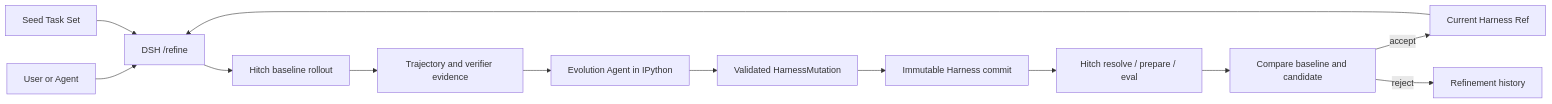
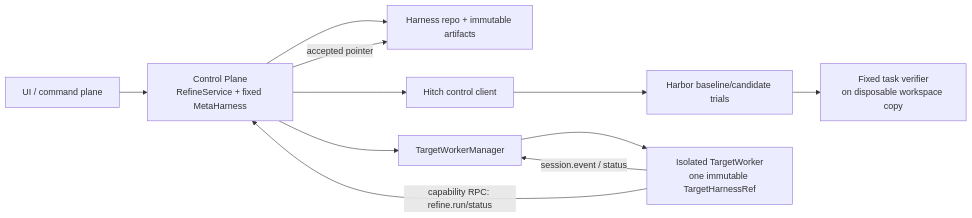
Before and after one commit to rsi-gear/gear: the diagram in docs/dsh-self-evolving-harness-spec.md, drawn with Mermaid. The commit also changed other lines of this file and 2 other files, not shown here.

Commit message:
Finalize automated harness evolution architecture

````diff
--- a/docs/dsh-self-evolving-harness-spec.md
+++ b/docs/dsh-self-evolving-harness-spec.md
@@ -42,15 +33,13 @@
 ```mermaid
 flowchart LR
-    User["User or Agent"] --> Refine["DSH /refine"]
-    Seed["Seed Task Set"] --> Refine
-    Champion["Current Harness Ref"] --> Refine
-    Refine --> Baseline["Hitch baseline rollout"]
-    Baseline --> Evidence["Trajectory and verifier evidence"]
-    Evidence --> Evolution["Evolution Agent in IPython"]
-    Evolution --> Mutation["Validated HarnessMutation"]
-    Mutation --> Candidate["Immutable Harness commit"]
-    Candidate --> Hitch["Hitch resolve / prepare / eval"]
-    Hitch --> Decision["Compare baseline and candidate"]
-    Decision -->|accept| Champion
-    Decision -->|reject| History["Refinement history"]
+    UI["UI / command plane"] --> CP["Control Plane\nRefineService + fixed MetaHarness"]
+    CP --> HM["Harness repo + immutable artifacts"]
+    CP --> HC["Hitch control client"]
+    HC --> HB["Harbor baseline/candidate trials"]
+    HB --> VS["Fixed task verifier\non disposable workspace copy"]
+    CP --> WM["TargetWorkerManager"]
+    WM --> TW["Isolated TargetWorker\none immutable TargetHarnessRef"]
+    TW -->|"session.event / status"| WM
+    TW -->|"capability RPC: refine.run/status"| CP
+    CP -->|"accepted pointer"| HM
 ```
````
